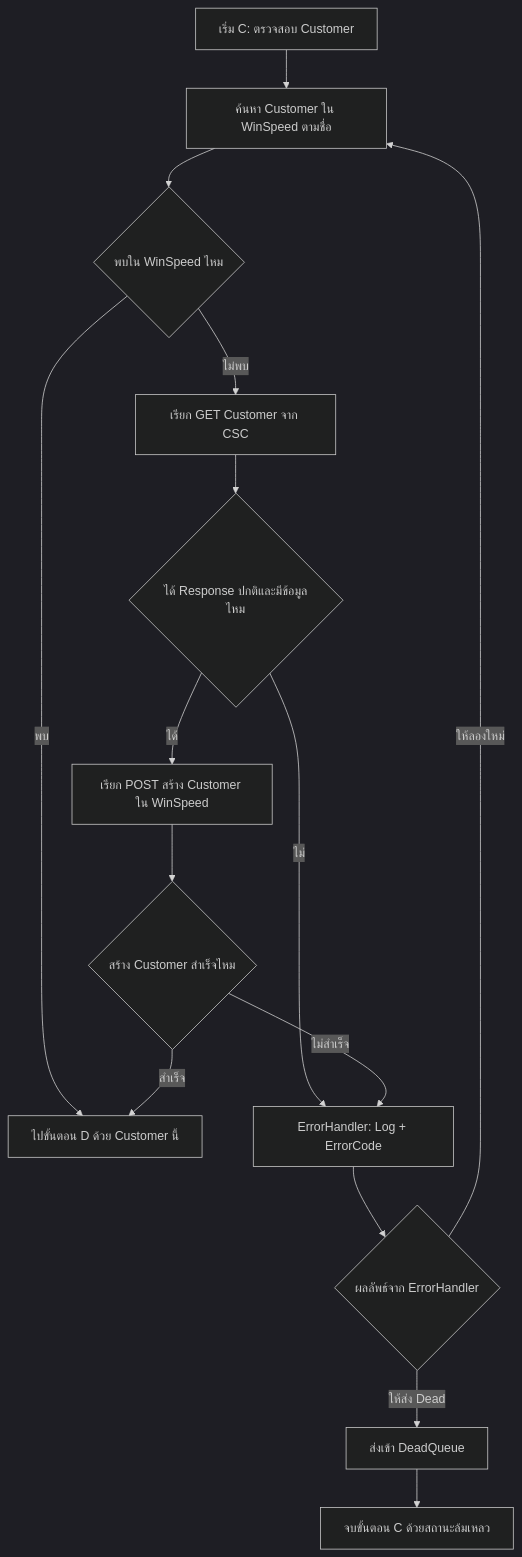
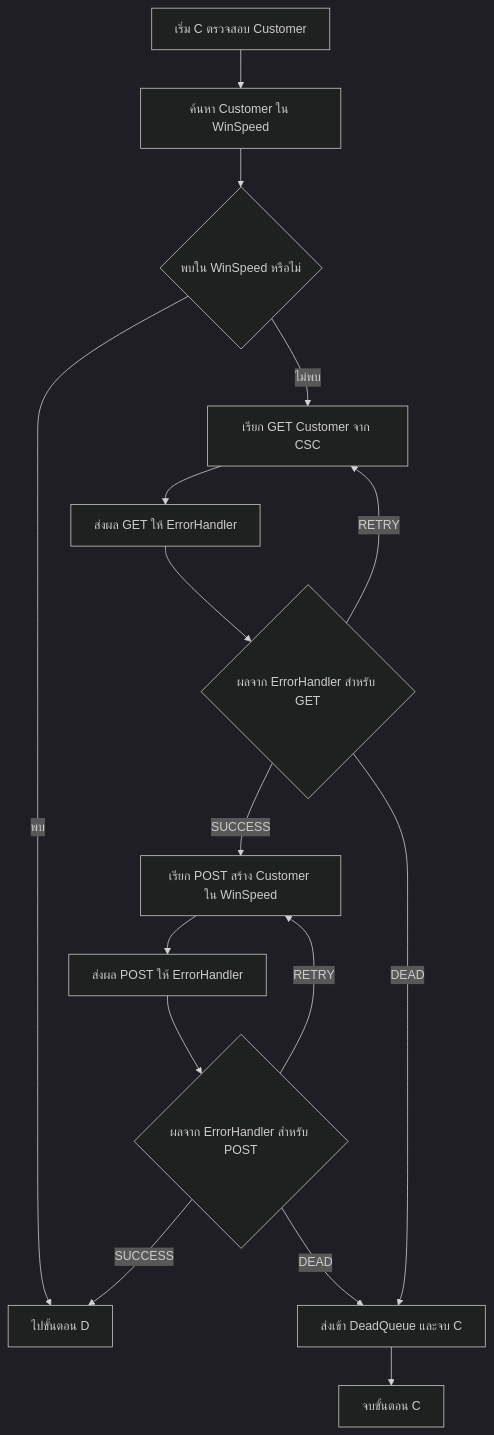
Before and after one commit to MethapornANT/FlowEngine: the diagram in ทำใหม่ V2/C_SearchCust.mmd, drawn with Mermaid (dark theme). The commit also changed 4 other files, not shown here.

```diff
--- a/ทำใหม่ V2/C_SearchCust.mmd
+++ b/ทำใหม่ V2/C_SearchCust.mmd
@@ -1,19 +1,24 @@
 graph TD
-C_Start[เริ่ม C: ตรวจสอบ Customer] --> C1[ค้นหา Customer ใน WinSpeed ตามชื่อ]
+C_Start[เริ่ม C ตรวจสอบ Customer] --> C1[ค้นหา Customer ใน WinSpeed]
 
-C1 --> C2{พบใน WinSpeed ไหม}
-C2 -- พบ --> D_Start[ไปขั้นตอน D ด้วย Customer นี้]
+C1 --> C2{พบใน WinSpeed หรือไม่}
+C2 -- พบ --> D_Start[ไปขั้นตอน D]
 C2 -- ไม่พบ --> C3[เรียก GET Customer จาก CSC]
 
-C3 --> C4{ได้ Response ปกติและมีข้อมูลไหม}
-C4 -- ไม่ --> EH[ErrorHandler: Log + ErrorCode]
-C4 -- ได้ --> C5[เรียก POST สร้าง Customer ใน WinSpeed]
+%% ผล GET จาก CSC ส่งเข้า ErrorHandler
+C3 --> C_EH_Get[ส่งผล GET ให้ ErrorHandler]
+C_EH_Get --> C_Result_Get{ผลจาก ErrorHandler สำหรับ GET}
 
-C5 --> C6{สร้าง Customer สำเร็จไหม}
-C6 -- สำเร็จ --> D_Start
-C6 -- ไม่สำเร็จ --> EH
+C_Result_Get -- SUCCESS --> C5[เรียก POST สร้าง Customer ใน WinSpeed]
+C_Result_Get -- RETRY --> C3
+C_Result_Get -- DEAD --> C_Dead[ส่งเข้า DeadQueue และจบ C]
 
-EH --> EHR{ผลลัพธ์จาก ErrorHandler}
-EHR -- ให้ลองใหม่ --> C1
-EHR -- ให้ส่ง Dead --> DeadQ[ส่งเข้า DeadQueue]
-DeadQ --> C_End[จบขั้นตอน C ด้วยสถานะล้มเหลว]
+%% ผล POST ส่งเข้า ErrorHandler เช่นกัน
+C5 --> C_EH_Post[ส่งผล POST ให้ ErrorHandler]
+C_EH_Post --> C_Result_Post{ผลจาก ErrorHandler สำหรับ POST}
+
+C_Result_Post -- SUCCESS --> D_Start
+C_Result_Post -- RETRY --> C5
+C_Result_Post -- DEAD --> C_Dead
+
+C_Dead --> C_End[จบขั้นตอน C]
```
